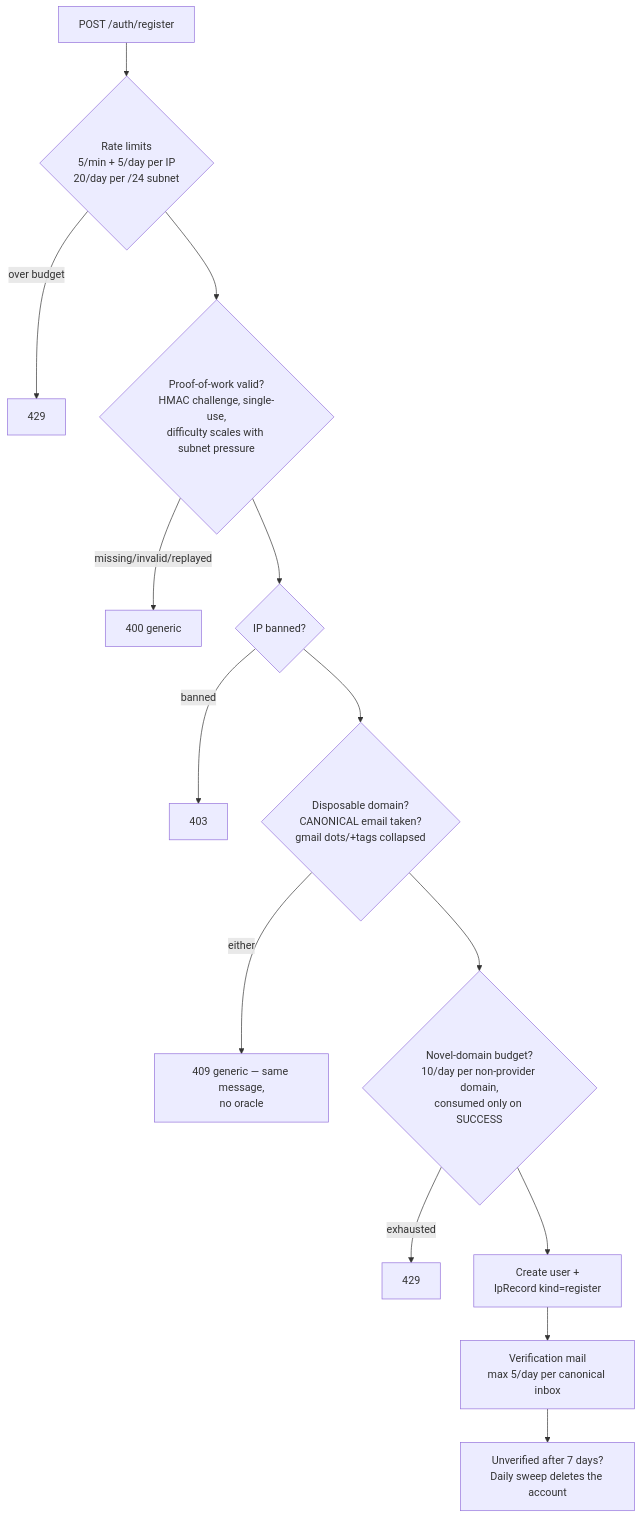
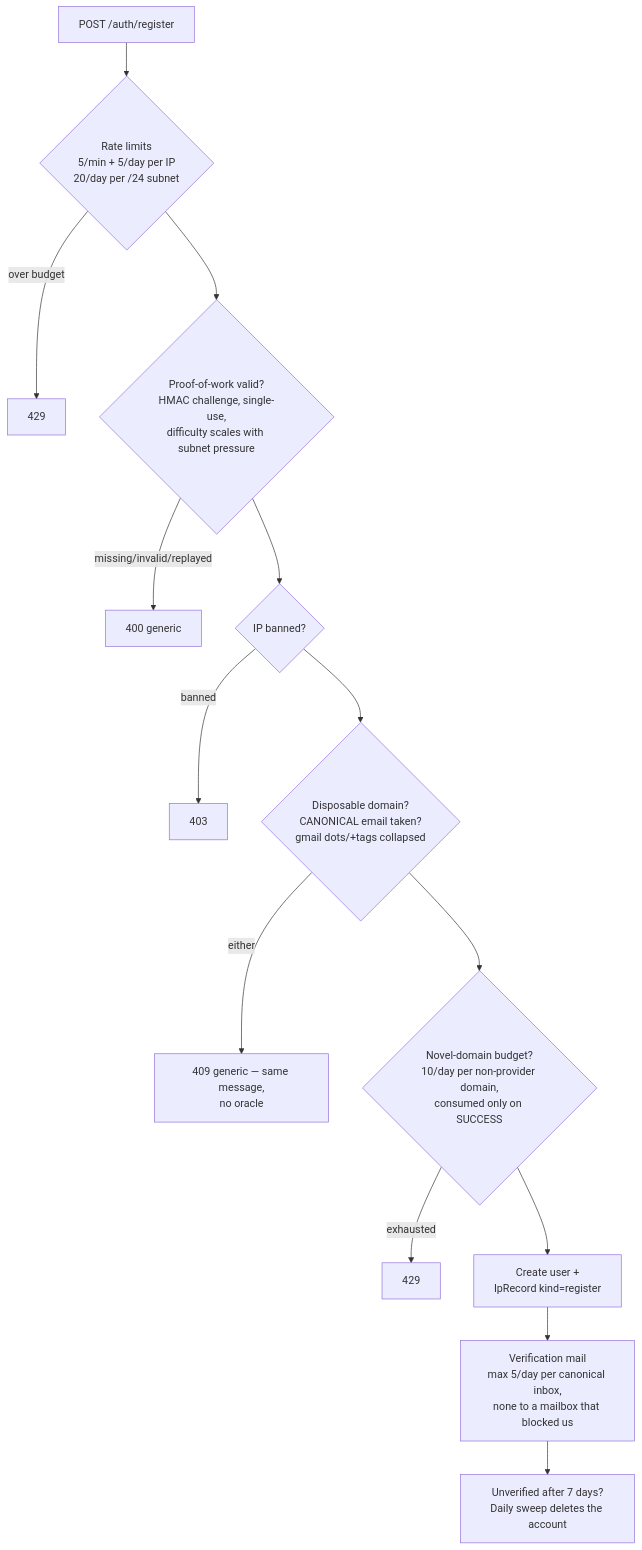
One commit to Aizen93/voxium changed diagram 12 of 15 in Architecture.md. Above: the diagram before and after it, drawn with Mermaid. The commit also changed other lines of this file and 31 other files, not shown here.

````diff
--- a/Architecture.md
+++ b/Architecture.md
@@ -1347,16 +1347,16 @@
 ```mermaid
 flowchart TD
     A[POST /auth/register] --> B{Rate limits<br/>5/min + 5/day per IP<br/>20/day per /24 subnet}
     B -->|over budget| R1[429]
     B --> C{Proof-of-work valid?<br/>HMAC challenge, single-use,<br/>difficulty scales with subnet pressure}
     C -->|missing/invalid/replayed| R2[400 generic]
     C --> D{IP banned?}
     D -->|banned| R3[403]
     D --> E{Disposable domain?<br/>CANONICAL email taken?<br/>gmail dots/+tags collapsed}
     E -->|either| R4[409 generic — same message,<br/>no oracle]
     E --> F{Novel-domain budget?<br/>10/day per non-provider domain,<br/>consumed only on SUCCESS}
     F -->|exhausted| R5[429]
     F --> G[Create user +<br/>IpRecord kind=register]
-    G --> H[Verification mail<br/>max 5/day per canonical inbox]
+    G --> H[Verification mail<br/>max 5/day per canonical inbox,<br/>none to a mailbox that blocked us]
     H --> I[Unverified after 7 days?<br/>Daily sweep deletes the account]
 ```
````
